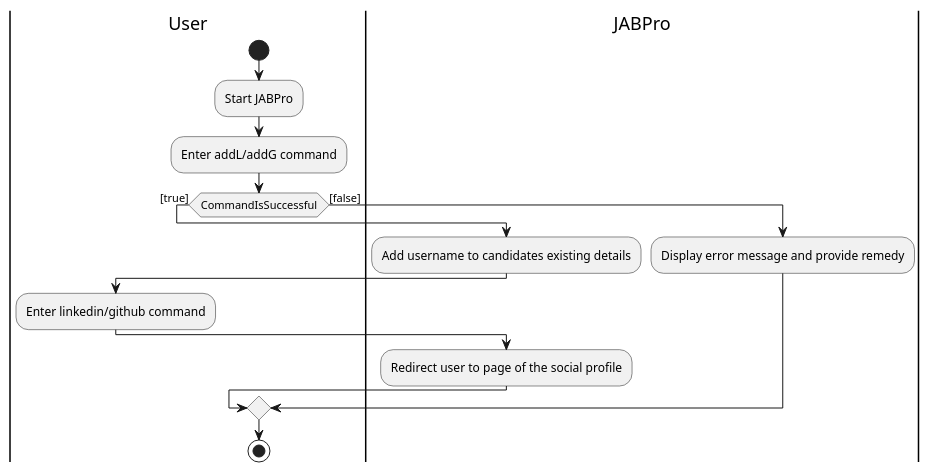
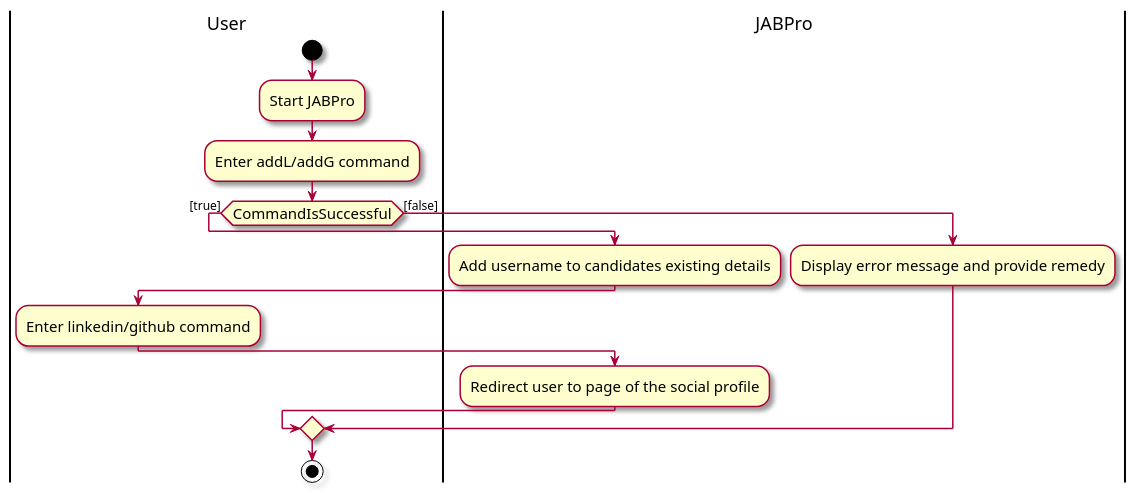
Before and after one commit to nus-cs2103-AY2324S1/tp: the diagram in docs/diagrams/linkedinactivitydiagram.puml, drawn with PlantUML. The commit also changed 4 other files, not shown here.

Commit message:
DG: add activity diagram for search

```diff
--- a/docs/diagrams/linkedinactivitydiagram.puml
+++ b/docs/diagrams/linkedinactivitydiagram.puml
@@ -1,24 +1,27 @@
 @startuml
 'https://plantuml.com/activity-diagram-beta
 |User|
+skin rose
+skinparam ActivityFontSize 15
+skinparam ArrowFontSize 12
 start
 :Start JABPro;
 :Enter addL/addG command;
 if (CommandIsSuccessful) then ([true])
   |JABPro|
   :Add username to candidates existing details;
   |User|
   :Enter linkedin/github command;
   |JABPro|
   :Redirect user to page of the social profile;
   |User|
 else ([false])
   |JABPro|
   :Display error message and provide remedy;
   |User|
 
 endif
 
 stop
 
 @enduml
```
